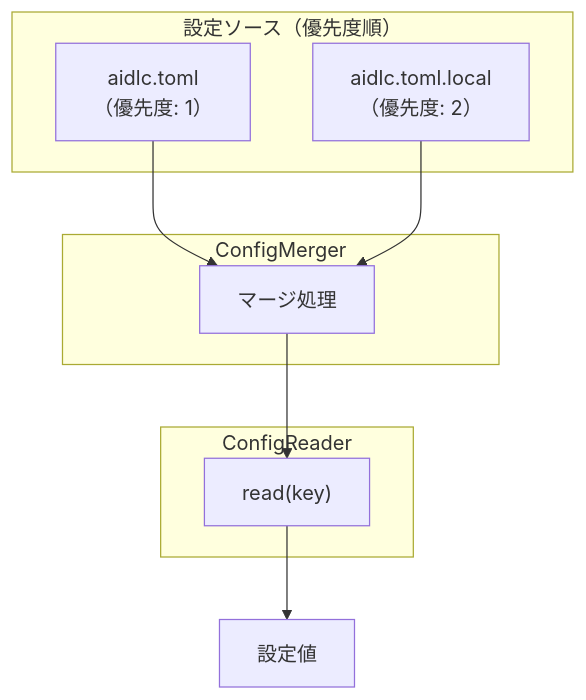
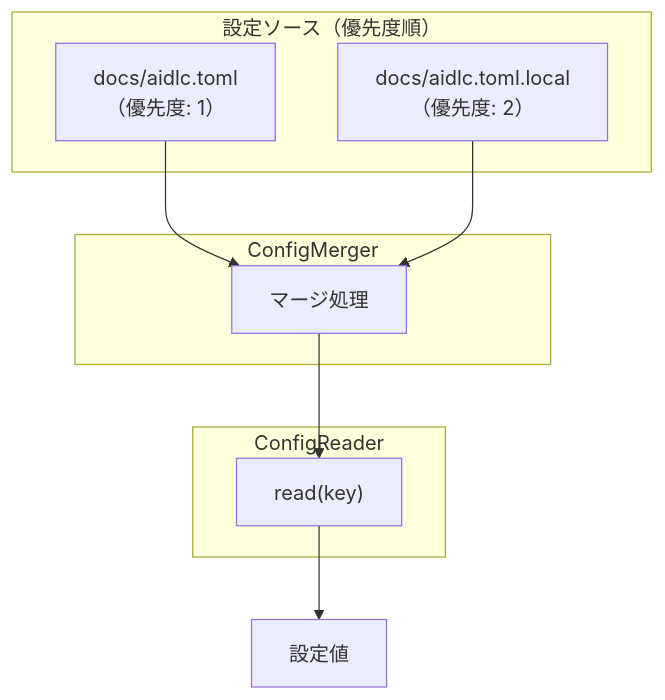
Before and after one commit to ikeisuke/ai-dlc-starter-kit: the diagram in docs/cycles/v1.12.0/design-artifacts/domain-models/project-local-config_domain_model.md, drawn with Mermaid. The commit also changed other lines of this file and 9 other files, not shown here.

````diff
--- a/docs/cycles/v1.12.0/design-artifacts/domain-models/project-local-config_domain_model.md
+++ b/docs/cycles/v1.12.0/design-artifacts/domain-models/project-local-config_domain_model.md
@@ -55,20 +57,20 @@
 ```mermaid
 flowchart TD
     subgraph Sources["設定ソース（優先度順）"]
-        BASE["aidlc.toml<br/>（優先度: 1）"]
-        LOCAL["aidlc.toml.local<br/>（優先度: 2）"]
+        BASE["docs/aidlc.toml<br/>（優先度: 1）"]
+        LOCAL["docs/aidlc.toml.local<br/>（優先度: 2）"]
     end
 
     subgraph Merger["ConfigMerger"]
         MERGE["マージ処理"]
     end
 
     subgraph Reader["ConfigReader"]
         READ["read(key)"]
     end
 
     BASE --> MERGE
     LOCAL --> MERGE
     MERGE --> READ
     READ --> OUTPUT["設定値"]
 ```
````
